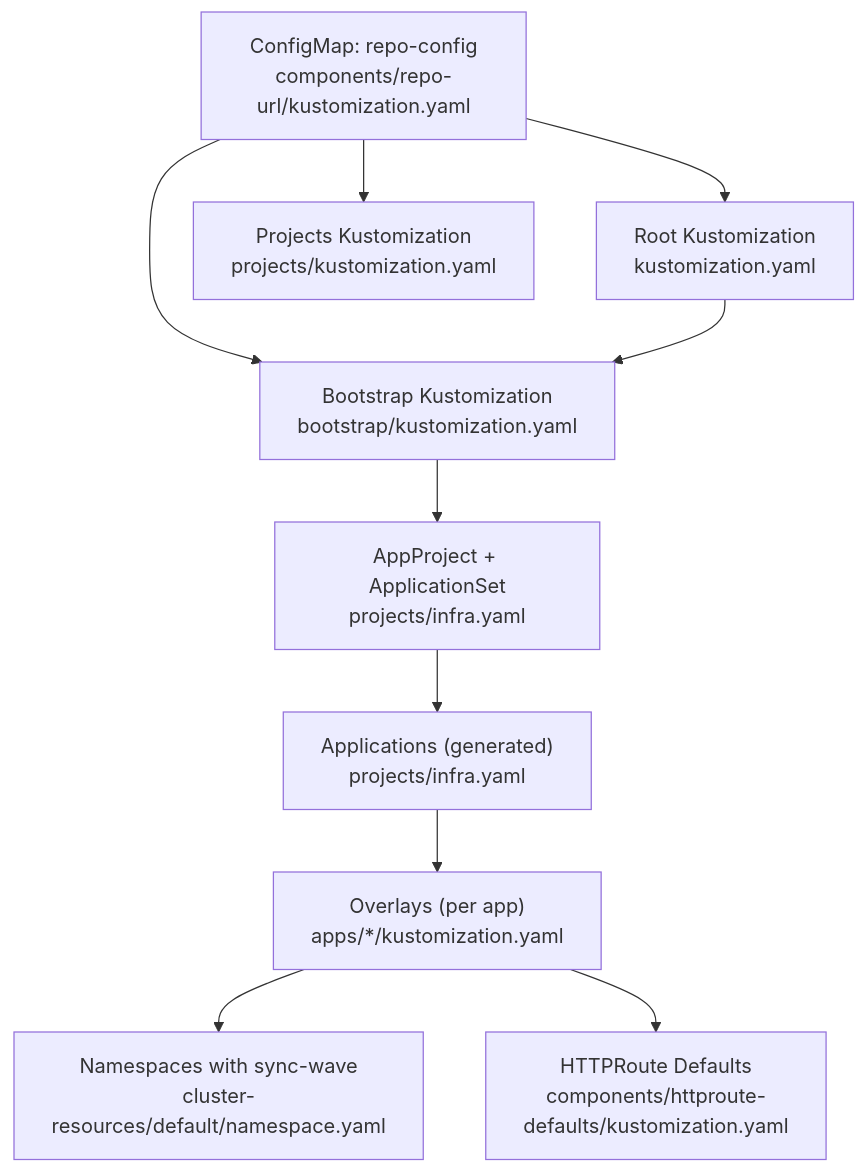
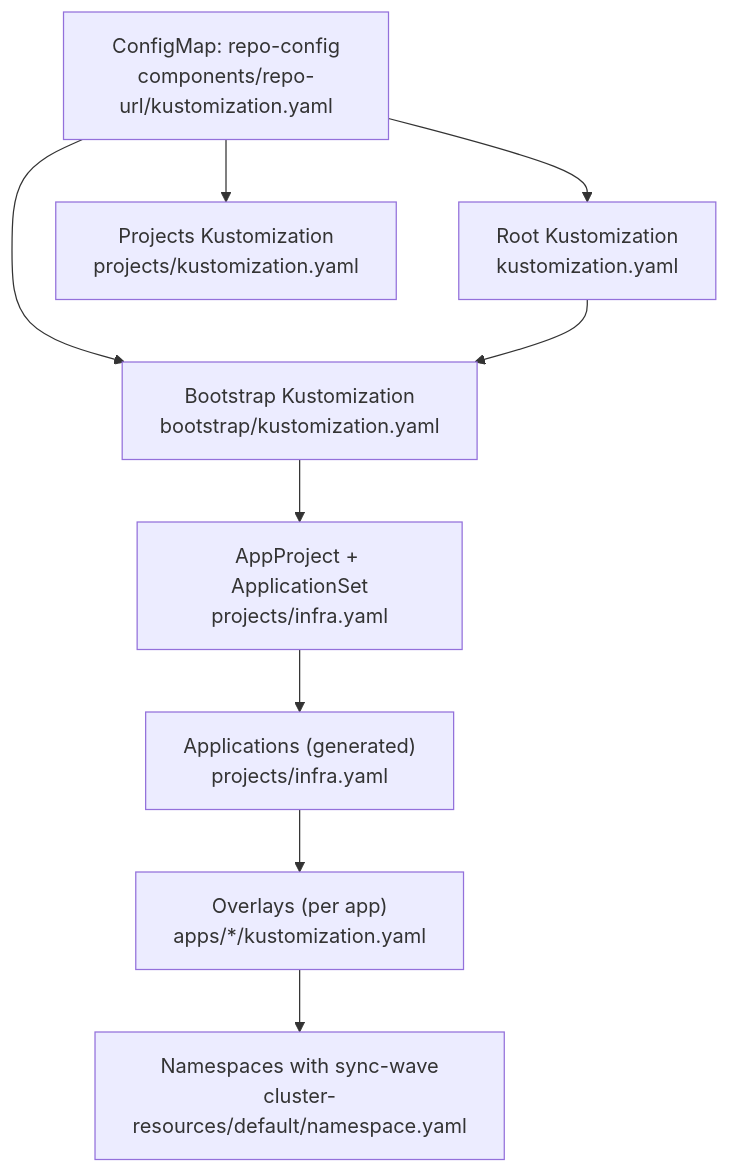
Before and after one commit to Hoangvu75/k8s_manifest: the second of 4 diagrams in .qoder/repowiki/en/content/Application Configuration/Kustomize Configuration Patterns.md, drawn with Mermaid. The commit also changed other lines of this file and 15 other files, not shown here.

````diff
--- a/.qoder/repowiki/en/content/Application Configuration/Kustomize Configuration Patterns.md
+++ b/.qoder/repowiki/en/content/Application Configuration/Kustomize Configuration Patterns.md
@@ -130,21 +127,19 @@
 ```mermaid
 graph TB
 repo_cfg["ConfigMap: repo-config<br/>components/repo-url/kustomization.yaml"]
 root_kust["Root Kustomization<br/>kustomization.yaml"]
 bootstrap_kust["Bootstrap Kustomization<br/>bootstrap/kustomization.yaml"]
 proj_kust["Projects Kustomization<br/>projects/kustomization.yaml"]
 appsets["AppProject + ApplicationSet<br/>projects/infra.yaml"]
 apps["Applications (generated)<br/>projects/infra.yaml"]
 overlays["Overlays (per app)<br/>apps/*/kustomization.yaml"]
 ns_wave["Namespaces with sync-wave<br/>cluster-resources/default/namespace.yaml"]
-httproute_defaults["HTTPRoute Defaults<br/>components/httproute-defaults/kustomization.yaml"]
 repo_cfg --> root_kust
 repo_cfg --> bootstrap_kust
 repo_cfg --> proj_kust
 root_kust --> bootstrap_kust
 bootstrap_kust --> appsets
 appsets --> apps
 apps --> overlays
 overlays --> ns_wave
-overlays --> httproute_defaults
 ```
````
